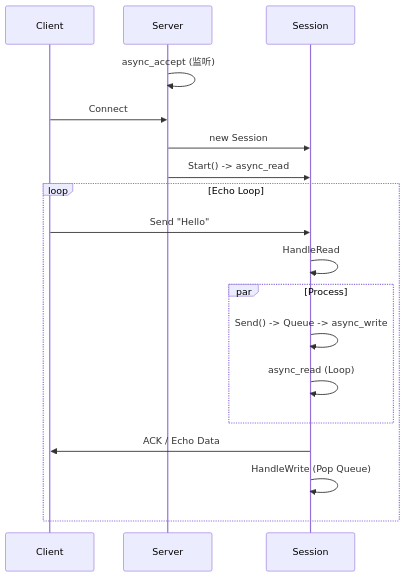
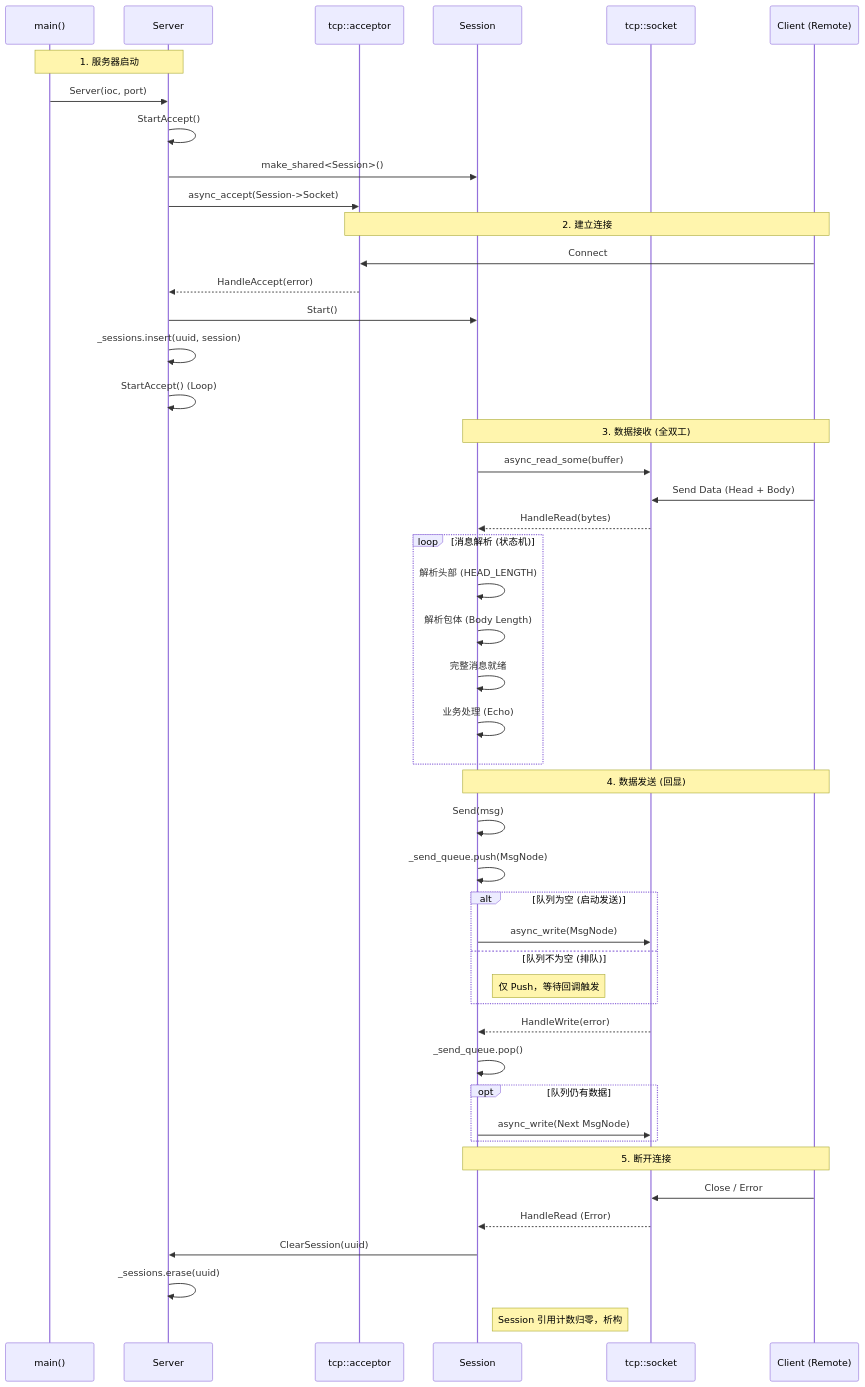
Before and after one commit to IceFerryLing/MySimpleServer: the second of 2 diagrams in Async/v2_FullDuplex/README.md, drawn with Mermaid. The commit also changed other lines of this file and 4 other files, not shown here.

````diff
--- a/Async/v2_FullDuplex/README.md
+++ b/Async/v2_FullDuplex/README.md
@@ -191,22 +165,58 @@
 ```mermaid
 sequenceDiagram
-    participant Client
-    participant Server
-    participant Session
+    participant Main as main()
+    participant Server as Server
+    participant Acceptor as tcp::acceptor
+    participant Session as Session
+    participant Socket as tcp::socket
+    participant Client as Client (Remote)
 
-    Server->>Server: async_accept (监听)
-    Client->>Server: Connect
-    Server->>Session: new Session
-    Server->>Session: Start() -> async_read
+    Note over Main, Server: 1. 服务器启动
+    Main->>Server: Server(ioc, port)
+    Server->>Server: StartAccept()
+    Server->>Session: make_shared<Session>()
+    Server->>Acceptor: async_accept(Session->Socket)
+
+    Note over Client, Acceptor: 2. 建立连接
+    Client->>Acceptor: Connect
+    Acceptor-->>Server: HandleAccept(error)
+    Server->>Session: Start()
+    Server->>Server: _sessions.insert(uuid, session)
+    Server->>Server: StartAccept() (Loop)
+
+    Note over Session, Client: 3. 数据接收 (全双工)
+    Session->>Socket: async_read_some(buffer)
+    Client->>Socket: Send Data (Head + Body)
+    Socket-->>Session: HandleRead(bytes)
     
-    loop Echo Loop
-        Client->>Session: Send "Hello"
-        Session->>Session: HandleRead
-        par Process
-            Session->>Session: Send() -> Queue -> async_write
-            Session->>Session: async_read (Loop)
-        end
-        Session->>Client: ACK / Echo Data
-        Session->>Session: HandleWrite (Pop Queue)
+    loop 消息解析 (状态机)
+        Session->>Session: 解析头部 (HEAD_LENGTH)
+        Session->>Session: 解析包体 (Body Length)
+        Session->>Session: 完整消息就绪
+        Session->>Session: 业务处理 (Echo)
     end
+
+    Note over Session, Client: 4. 数据发送 (回显)
+    Session->>Session: Send(msg)
+    Session->>Session: _send_queue.push(MsgNode)
+    
+    alt 队列为空 (启动发送)
+        Session->>Socket: async_write(MsgNode)
+    else 队列不为空 (排队)
+        Note right of Session: 仅 Push，等待回调触发
+    end
+
+    Socket-->>Session: HandleWrite(error)
+    Session->>Session: _send_queue.pop()
+    
+    opt 队列仍有数据
+        Session->>Socket: async_write(Next MsgNode)
+    end
+    
+    Note over Session, Client: 5. 断开连接
+    Client->>Socket: Close / Error
+    Socket-->>Session: HandleRead (Error)
+    Session->>Server: ClearSession(uuid)
+    Server->>Server: _sessions.erase(uuid)
+    Note right of Session: Session 引用计数归零，析构
 ```
````
